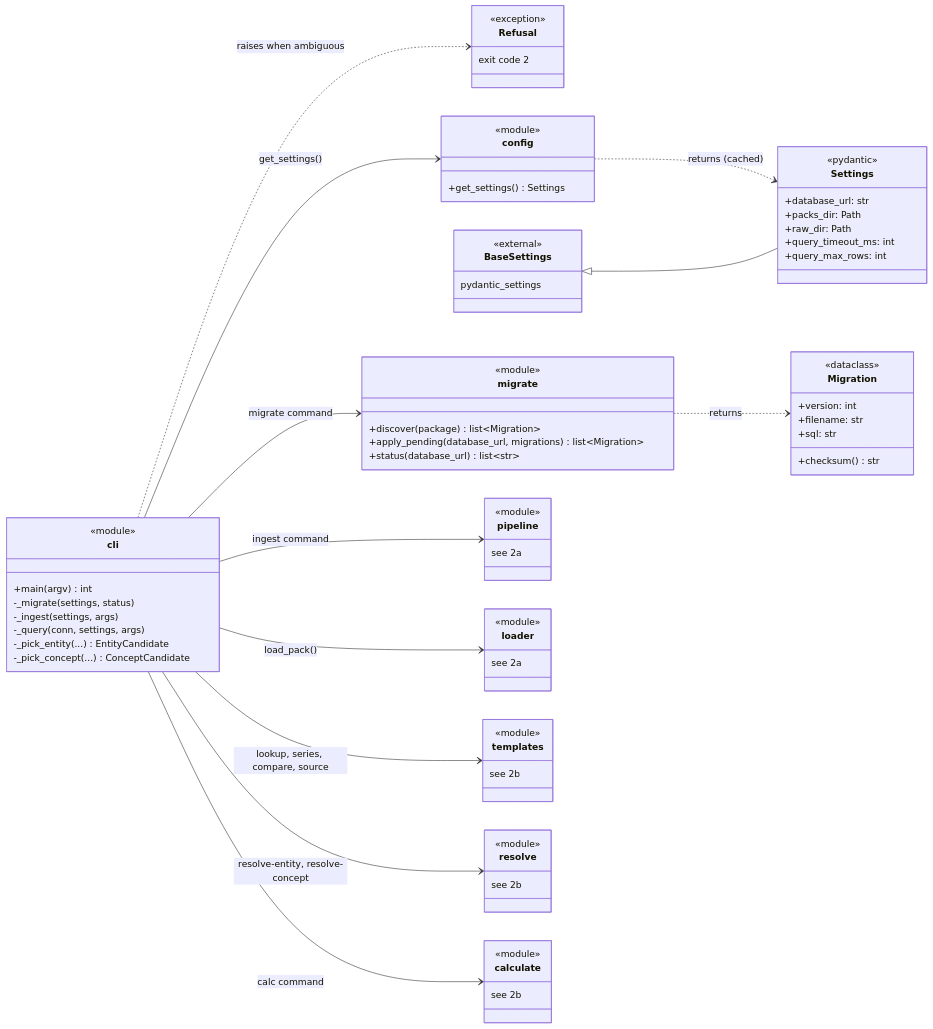
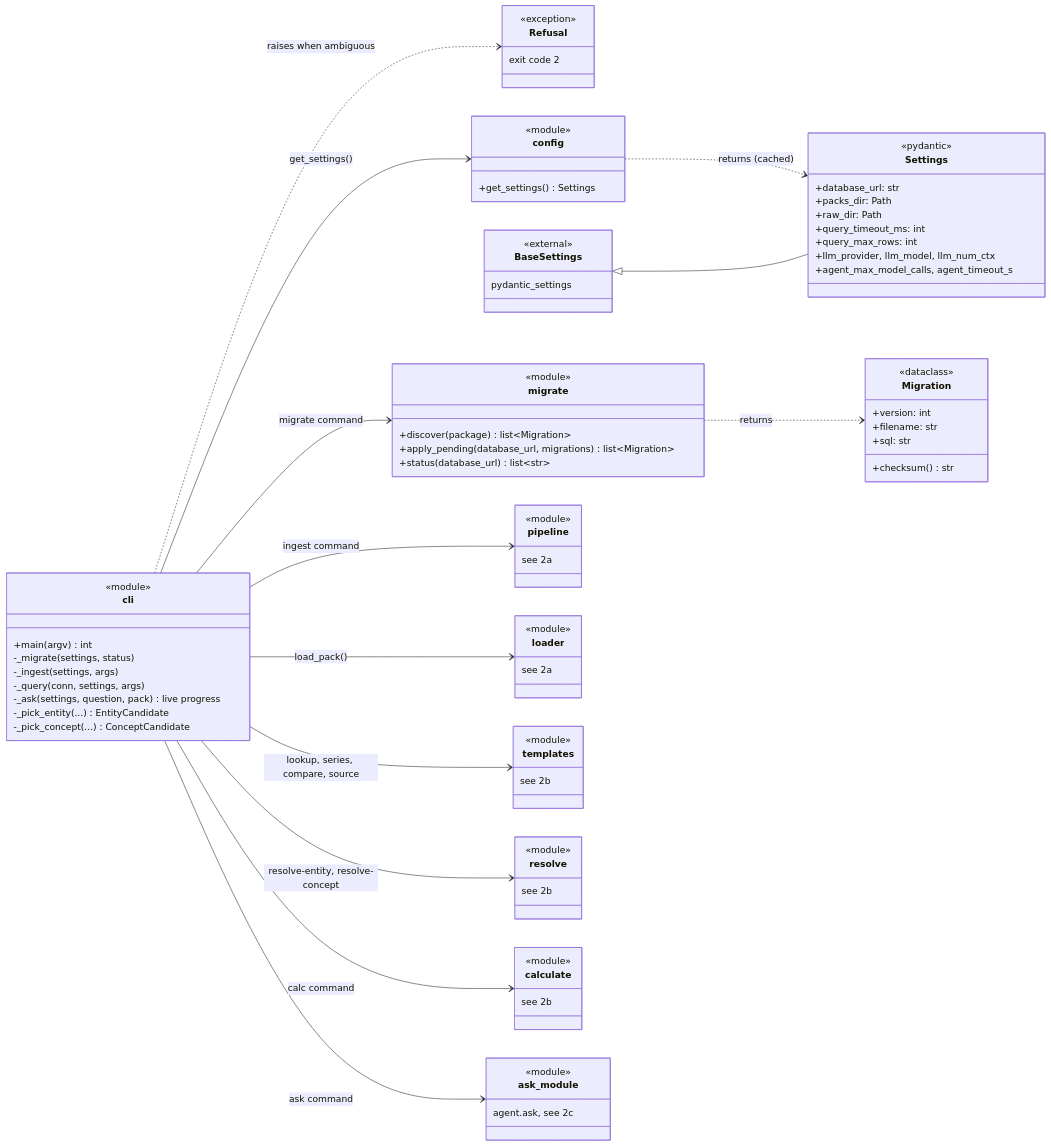
The fifth of 10 diagrams in docs/code-map.md (ChinmayLokare/verified-rag), drawn with Mermaid before and after one commit. The commit also changed other lines of this file and 32 other files, not shown here.

First line of the commit message:
M2: agent and verifier on a free local model

```diff
--- a/docs/code-map.md
+++ b/docs/code-map.md
@@ -357,6 +481,7 @@
         -_migrate(settings, status)
         -_ingest(settings, args)
         -_query(conn, settings, args)
+        -_ask(settings, question, pack)  live progress
         -_pick_entity(...) EntityCandidate
         -_pick_concept(...) ConceptCandidate
     }
@@ -375,6 +500,8 @@
         +raw_dir: Path
         +query_timeout_ms: int
         +query_max_rows: int
+        +llm_provider, llm_model, llm_num_ctx
+        +agent_max_model_calls, agent_timeout_s
     }
     class migrate {
         <<module>>
@@ -401,6 +528,12 @@
     cli --> templates : lookup, series, compare, source
     cli --> resolve : resolve-entity, resolve-concept
     cli --> calculate : calc command
+    cli --> ask_module : ask command
+
+    class ask_module {
+        <<module>>
+        agent.ask, see 2c
+    }
     cli ..> Refusal : raises when ambiguous
     config ..> Settings : returns (cached)
     BaseSettings <|-- Settings
```
